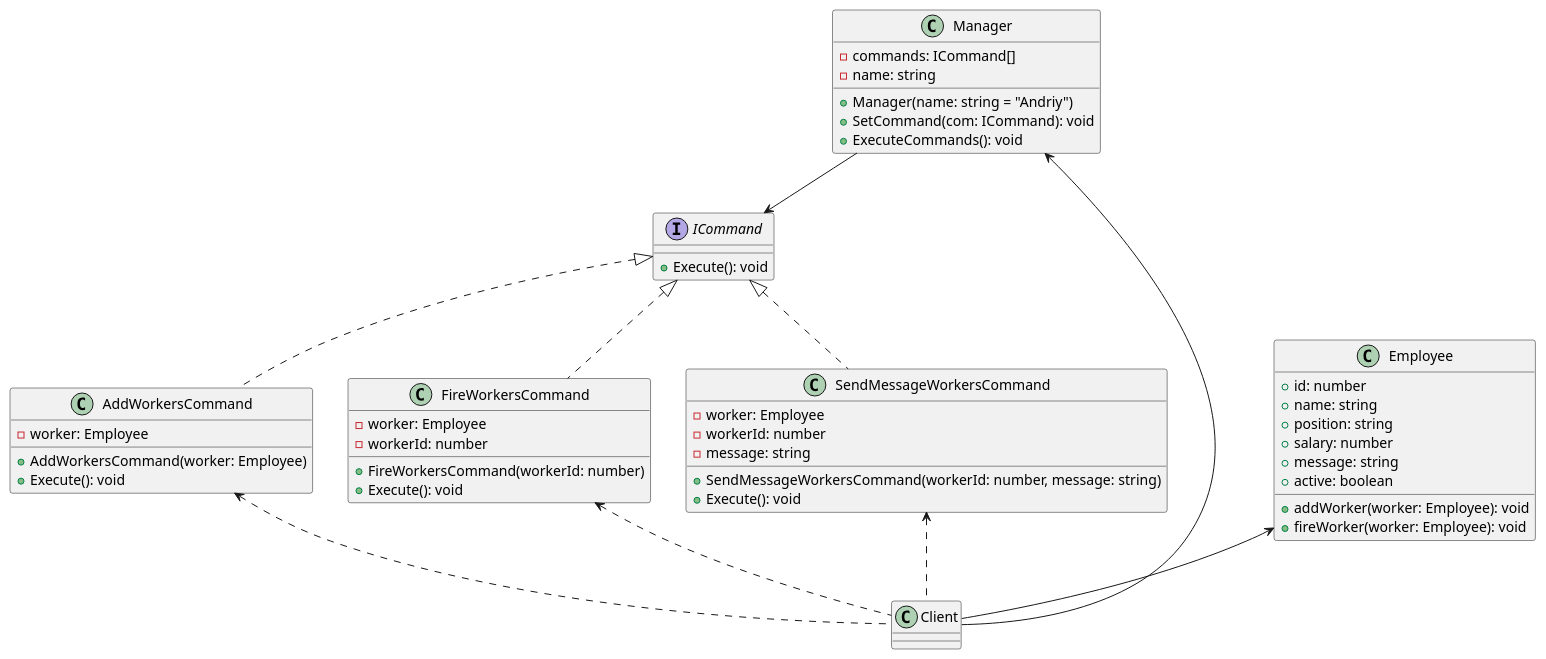
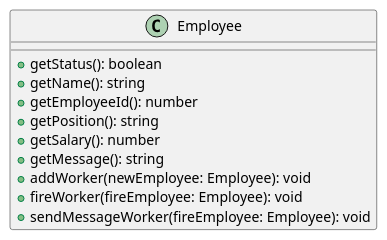
One commit to indian0ch/HotelInformalSystem changed the diagram in public/new.plantuml. Above: the diagram before and after it, drawn with PlantUML. The commit also changed 36 other files, not shown here.

```diff
--- a/public/new.plantuml
+++ b/public/new.plantuml
@@ -1,66 +1,11 @@
-@startuml
-
-interface ICommand {
-  + Execute(): void
+class Employee {
+  + getStatus(): boolean
+  + getName(): string
+  + getEmployeeId(): number
+  + getPosition(): string
+  + getSalary(): number
+  + getMessage(): string
+  + addWorker(newEmployee: Employee): void
+  + fireWorker(fireEmployee: Employee): void
+  + sendMessageWorker(fireEmployee: Employee): void
 }
-
-class Manager {
-  - commands: ICommand[]
-  - name: string
-
-  + Manager(name: string = "Andriy")
-  + SetCommand(com: ICommand): void
-  + ExecuteCommands(): void
-}
-
-class AddWorkersCommand {
-  - worker: Employee
-
-  + AddWorkersCommand(worker: Employee)
-  + Execute(): void
-}
-
-class FireWorkersCommand {
-  - worker: Employee
-  - workerId: number
-
-  + FireWorkersCommand(workerId: number)
-  + Execute(): void
-}
-
-class SendMessageWorkersCommand {
-  - worker: Employee
-  - workerId: number
-  - message: string
-
-  + SendMessageWorkersCommand(workerId: number, message: string)
-  + Execute(): void
-}
-
-class Employee {
-  + id: number
-  + name: string
-  + position: string
-  + salary: number
-  + message: string
-  + active: boolean
-
-  + addWorker(worker: Employee): void
-  + fireWorker(worker: Employee): void
-}
-class Client{
-
-}
-
-AddWorkersCommand <..Client
-FireWorkersCommand <..Client
-SendMessageWorkersCommand <..Client
-Manager <--Client
-Employee <--Client
-ICommand <|.. AddWorkersCommand
-ICommand <|.. FireWorkersCommand
-ICommand <|.. SendMessageWorkersCommand
-
-Manager --> ICommand
-
-@enduml
```
